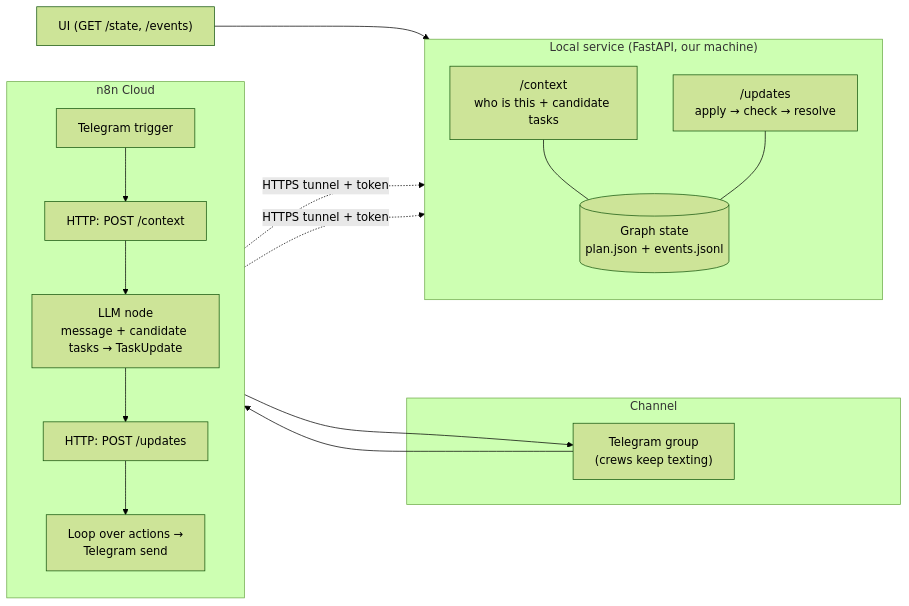
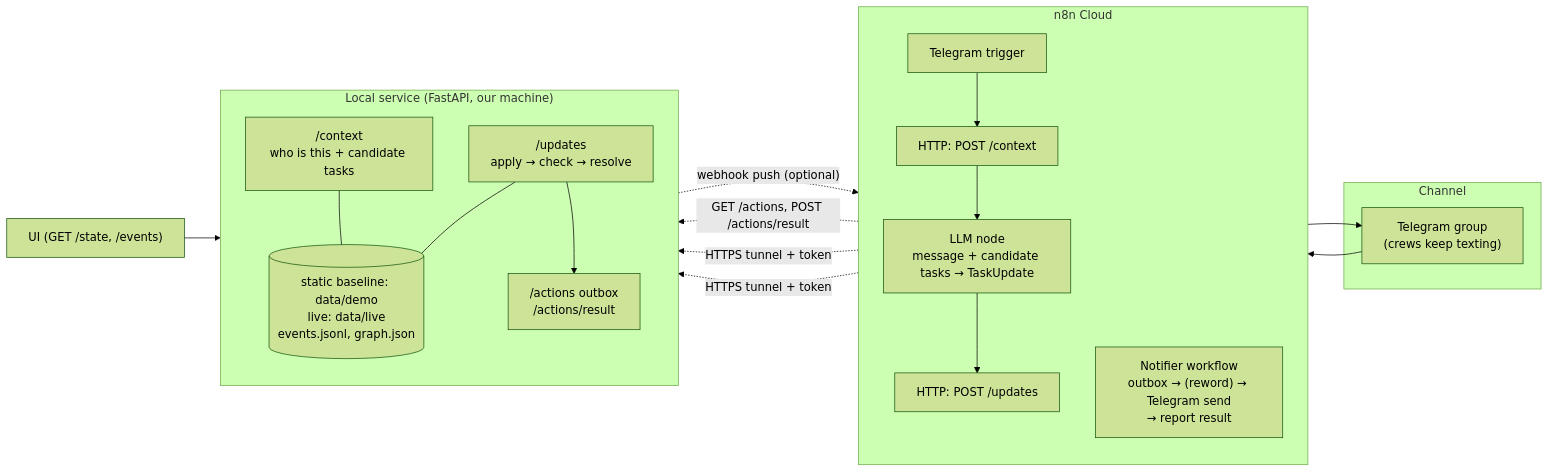
Before and after one commit to NavRjn/HackTeamVienna: the first of 7 diagrams in README.md, drawn with Mermaid (forest theme). The commit also changed other lines of this file and 26 other files, not shown here.

````diff
--- a/README.md
+++ b/README.md
@@ -23,26 +23,30 @@
 ```mermaid
 flowchart LR
     subgraph CH["Channel"]
         TG["Telegram group<br/>(crews keep texting)"]
     end
     subgraph N8N["n8n Cloud"]
         direction TB
         T["Telegram trigger"] --> CTX["HTTP: POST /context"]
         CTX --> LLM["LLM node<br/>message + candidate tasks → TaskUpdate"]
         LLM --> UPD["HTTP: POST /updates"]
-        UPD --> SEND["Loop over actions →<br/>Telegram send"]
+        NOTE["Notifier workflow<br/>outbox → (reword) → Telegram send<br/>→ report result"]
     end
     subgraph LOCAL["Local service (FastAPI, our machine)"]
         direction TB
         CTXH["/context<br/>who is this + candidate tasks"]
         UPDH["/updates<br/>apply → check → resolve"]
-        STATE[("Graph state<br/>plan.json + events.jsonl")]
+        OUTBOX["/actions outbox<br/>/actions/result"]
+        STATE[("static baseline: data/demo<br/>live: data/live<br/>events.jsonl, graph.json")]
         CTXH --- STATE
         UPDH --- STATE
+        UPDH --> OUTBOX
     end
     TG --> T
-    SEND --> TG
+    NOTE --> TG
+    UPDH -. "webhook push (optional)" .-> NOTE
+    NOTE -. "GET /actions, POST /actions/result" .-> OUTBOX
     CTX -. "HTTPS tunnel + token" .-> CTXH
     UPD -. "HTTPS tunnel + token" .-> UPDH
     UI["UI (GET /state, /events)"] --> STATE
 ```
````
